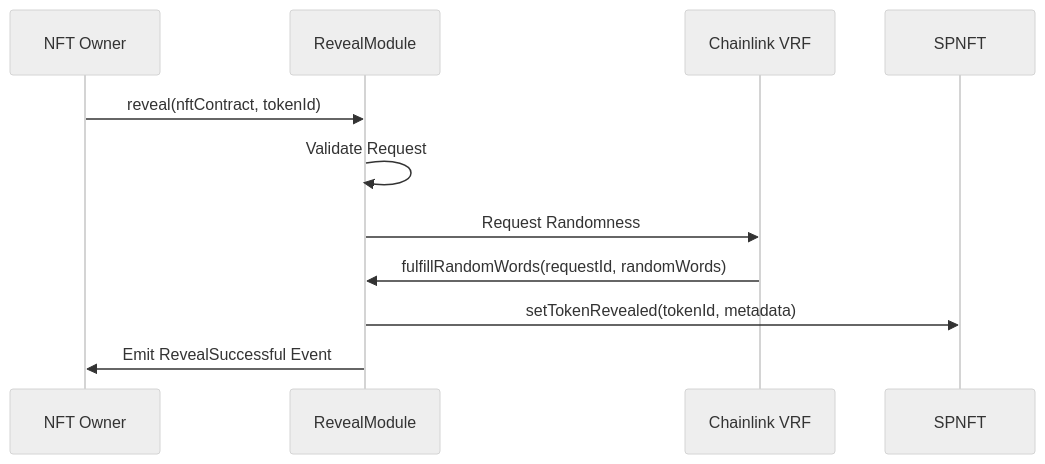
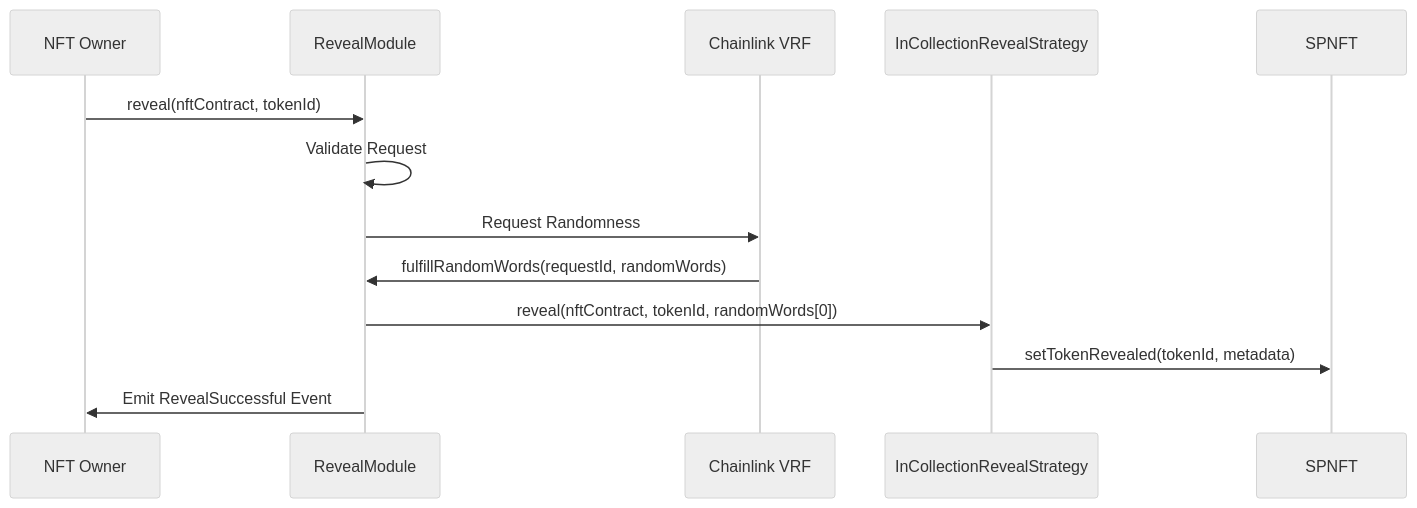
Before and after one commit to Aroon4020/story_test_task: the first of 2 diagrams in docs/RevealProcessArchitecture.md, drawn with Mermaid (neutral theme). The commit also changed other lines of this file, not shown here.

````diff
--- a/docs/RevealProcessArchitecture.md
+++ b/docs/RevealProcessArchitecture.md
@@ -132,14 +132,16 @@
 ```mermaid
 sequenceDiagram
     participant Owner as NFT Owner
     participant RevealModule as RevealModule
     participant ChainlinkVRF as Chainlink VRF
+    participant InCollectionStrategy as InCollectionRevealStrategy
     participant SPNFT as SPNFT
 
     Owner ->> RevealModule: reveal(nftContract, tokenId)
     RevealModule ->> RevealModule: Validate Request
     RevealModule ->> ChainlinkVRF: Request Randomness
     ChainlinkVRF ->> RevealModule: fulfillRandomWords(requestId, randomWords)
-    RevealModule ->> SPNFT: setTokenRevealed(tokenId, metadata)
+    RevealModule ->> InCollectionStrategy: reveal(nftContract, tokenId, randomWords[0])
+    InCollectionStrategy ->> SPNFT: setTokenRevealed(tokenId, metadata)
     RevealModule ->> Owner: Emit RevealSuccessful Event
 ```
````
